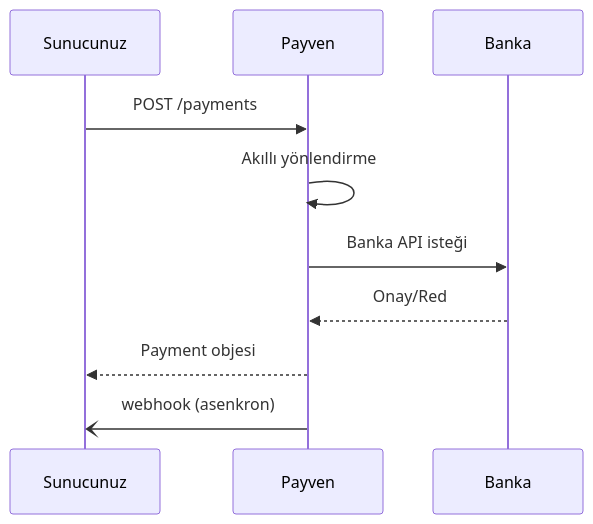
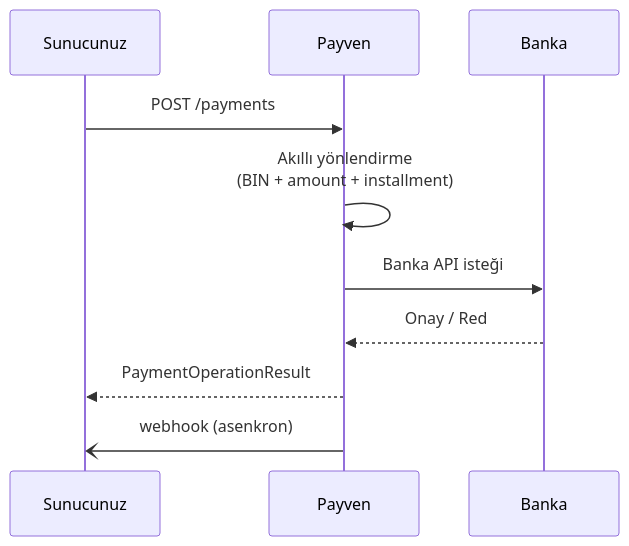
The diagram in sanal-pos/payments/non-3d.mdx (payment-pos/mintlify), drawn with Mermaid before and after one commit. The commit also changed other lines of this file and 45 other files, not shown here.

````diff
--- a/sanal-pos/payments/non-3d.mdx
+++ b/sanal-pos/payments/non-3d.mdx
@@ -20,13 +20,13 @@
 ```mermaid
 sequenceDiagram
-    participant Server as Sunucunuz
+    participant App as Sunucunuz
     participant Payven
     participant Bank as Banka
 
-    Server->>Payven: POST /payments
-    Payven->>Payven: Akıllı yönlendirme
+    App->>Payven: POST /payments
+    Payven->>Payven: Akıllı yönlendirme<br/>(BIN + amount + installment)
     Payven->>Bank: Banka API isteği
-    Bank-->>Payven: Onay/Red
-    Payven-->>Server: Payment objesi
-    Payven-)Server: webhook (asenkron)
+    Bank-->>Payven: Onay / Red
+    Payven-->>App: PaymentOperationResult
+    Payven-)App: webhook (asenkron)
 ```
````
